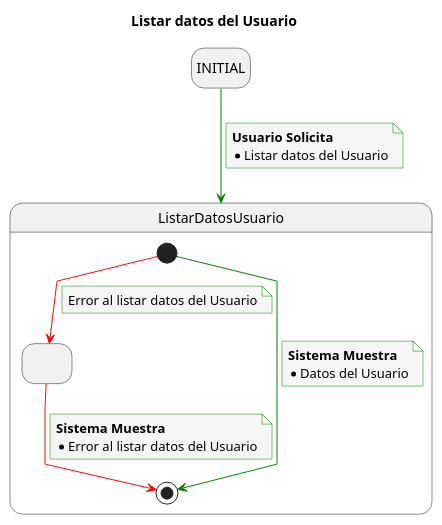
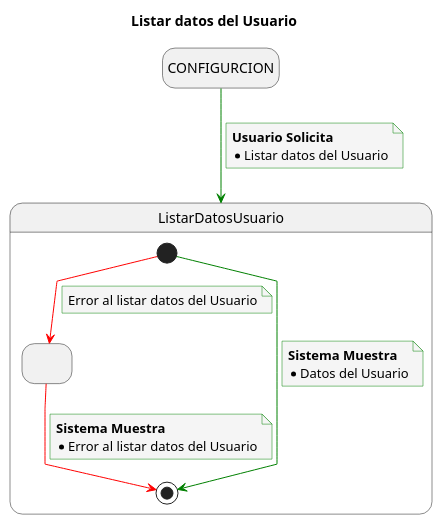
Before and after one commit to mmasias/23-24-IdSw1-SDR: the diagram in Caso_de_Uso/Casos_de_Uso/Usuarios/Listar_Datos_Usuario/Caso_de_Uso.puml, drawn with PlantUML. The commit also changed 45 other files, not shown here.

```diff
--- a/Caso_de_Uso/Casos_de_Uso/Usuarios/Listar_Datos_Usuario/Caso_de_Uso.puml
+++ b/Caso_de_Uso/Casos_de_Uso/Usuarios/Listar_Datos_Usuario/Caso_de_Uso.puml
@@ -1,44 +1,44 @@
 @startuml
 
 title Listar datos del Usuario
 
 skinparam {
     NoteBackgroundColor #whiteSmoke
     ArrowColor #green
     NoteBorderColor #green
     linetype polyline
 }
 
 hide empty description
 
-state startState as "INITIAL"
+state startState as "CONFIGURCION"
 
 startState --> ListarDatosUsuario
 note on link
     <b>Usuario Solicita</b>
     * Listar datos del Usuario
 end note
 
 state ListarDatosUsuario {
     state 2 as " "
     [*] --> [*] 
     note on link
         <b>Sistema Muestra</b>
         * Datos del Usuario
     end note
 
     [*] -[#red]-> 2
     note on link
         Error al listar datos del Usuario
     end note
 
     2 -[#red]-> [*]
     note on link
         <b>Sistema Muestra</b>
         * Error al listar datos del Usuario
     end note
 
 
 }
 
 @enduml
```
